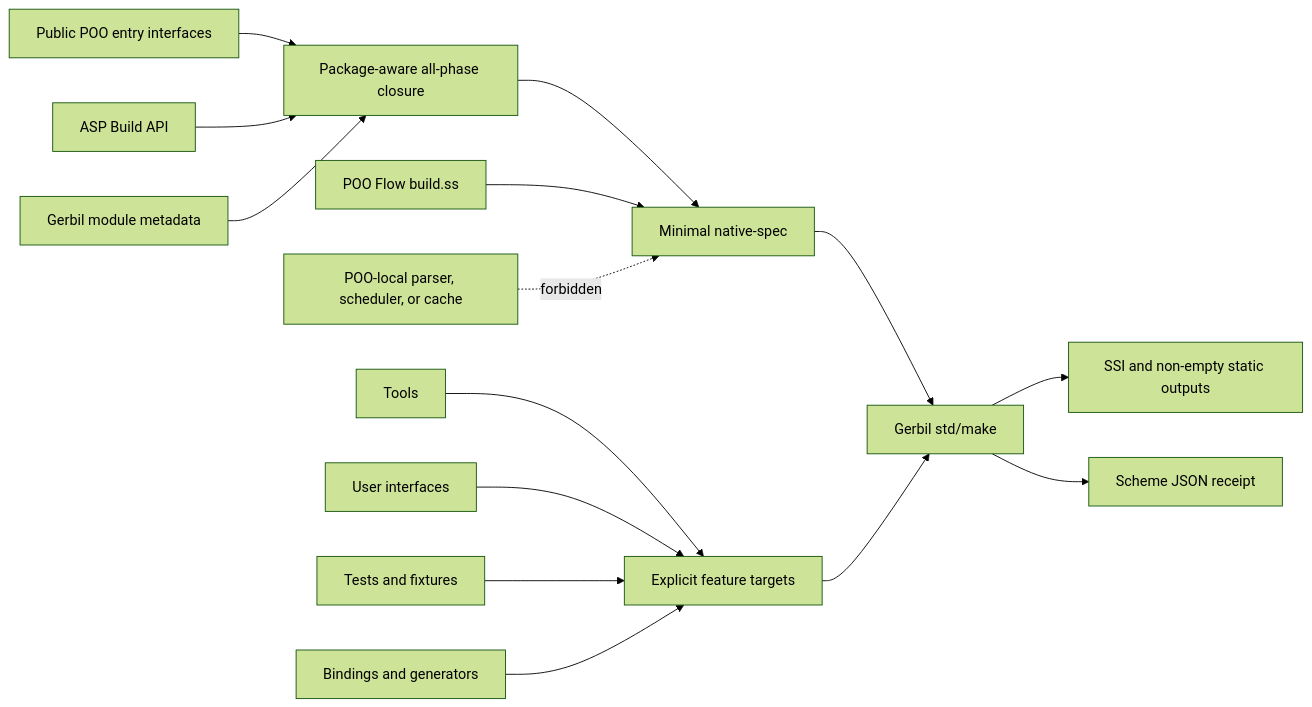
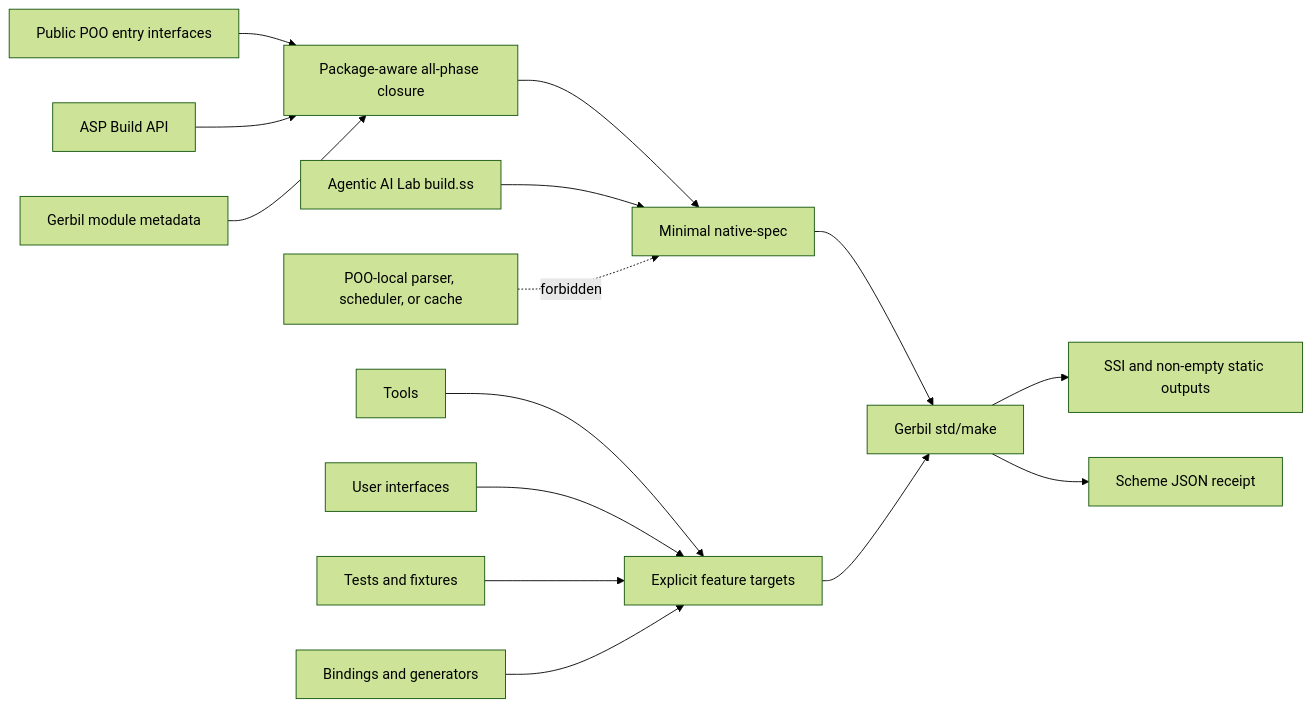
Before and after one commit to tao3k/gebril-yuanxu: the diagram in module-system/design/147-adaptive-scheme-build-guard/19-native-public-closure.org, drawn with Mermaid (forest theme). The commit also changed other lines of this file and 507 other files, not shown here.

```diff
--- a/module-system/design/147-adaptive-scheme-build-guard/19-native-public-closure.org
+++ b/module-system/design/147-adaptive-scheme-build-guard/19-native-public-closure.org
@@ -73,20 +73,20 @@
 #+begin_src mermaid
 flowchart LR
   Entry[Public POO entry interfaces] --> Closure[Package-aware all-phase closure]
   Closure --> Spec[Minimal native-spec]
   Spec --> Make[Gerbil std/make]
   Make --> SSI[SSI and non-empty static outputs]
   Make --> Receipt[Scheme JSON receipt]
 
   Tools[Tools] --> FeatureTargets[Explicit feature targets]
   UI[User interfaces] --> FeatureTargets
   Fixtures[Tests and fixtures] --> FeatureTargets
   Bindings[Bindings and generators] --> FeatureTargets
   FeatureTargets --> Make
 
   ASP[ASP Build API] --> Closure
   Gerbil[Gerbil module metadata] --> Closure
-  POO[POO Flow build.ss] --> Spec
+  POO[Agentic AI Lab build.ss] --> Spec
 
   BadLocal[POO-local parser, scheduler, or cache] -. forbidden .-> Spec
 #+end_src
```
